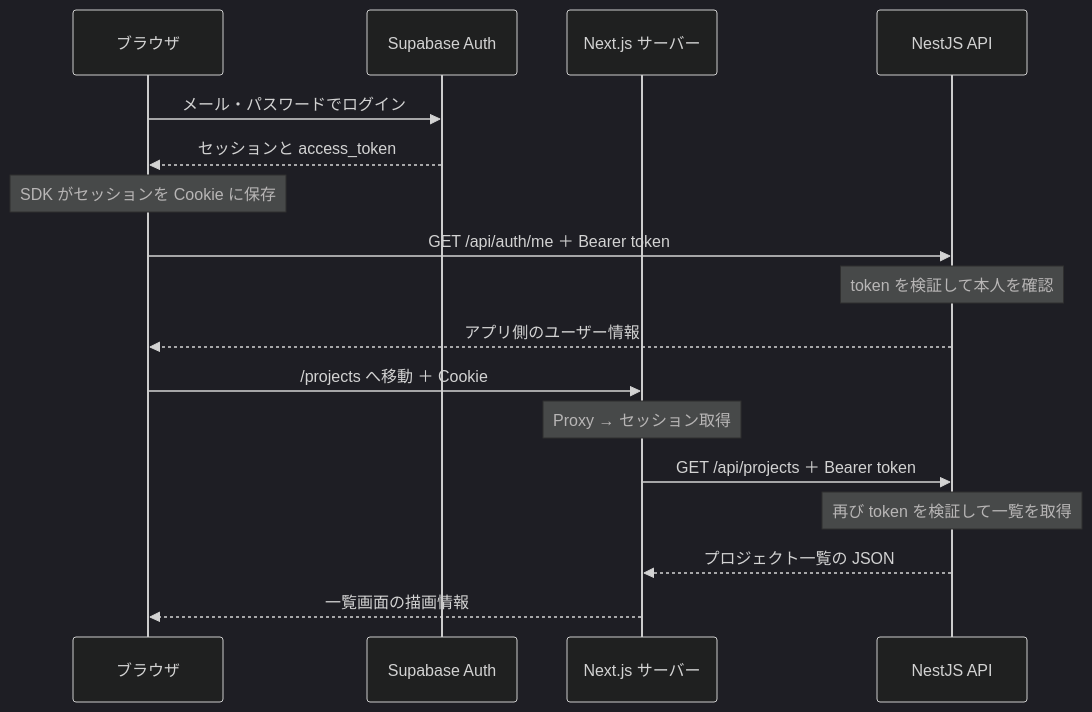
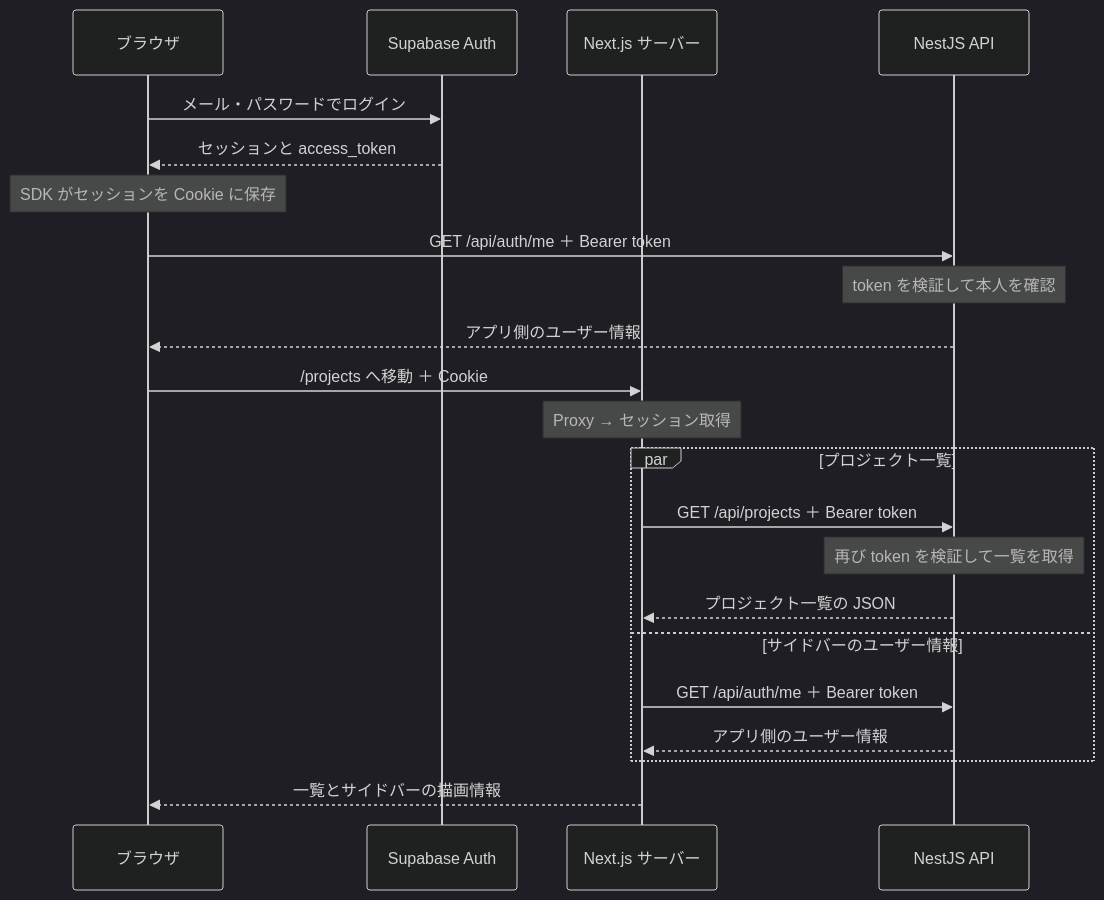
One commit to kazutakanakamura711/redmine-next-nest changed the first of 2 diagrams in docs/WEB_AUTH_LOGIN_FLOW.md. Above: the diagram before and after it, drawn with Mermaid (dark theme). The commit also changed other lines of this file and 27 other files, not shown here.

````diff
--- a/docs/WEB_AUTH_LOGIN_FLOW.md
+++ b/docs/WEB_AUTH_LOGIN_FLOW.md
@@ -9,20 +9,25 @@
 ```mermaid
 sequenceDiagram
     participant B as ブラウザ
     participant S as Supabase Auth
     participant N as Next.js サーバー
     participant A as NestJS API
 
     B->>S: メール・パスワードでログイン
     S-->>B: セッションと access_token
     Note over B: SDK がセッションを Cookie に保存
     B->>A: GET /api/auth/me ＋ Bearer token
     Note over A: token を検証して本人を確認
     A-->>B: アプリ側のユーザー情報
     B->>N: /projects へ移動 ＋ Cookie
     Note over N: Proxy → セッション取得
-    N->>A: GET /api/projects ＋ Bearer token
-    Note over A: 再び token を検証して一覧を取得
-    A-->>N: プロジェクト一覧の JSON
-    N-->>B: 一覧画面の描画情報
+    par プロジェクト一覧
+        N->>A: GET /api/projects ＋ Bearer token
+        Note over A: 再び token を検証して一覧を取得
+        A-->>N: プロジェクト一覧の JSON
+    and サイドバーのユーザー情報
+        N->>A: GET /api/auth/me ＋ Bearer token
+        A-->>N: アプリ側のユーザー情報
+    end
+    N-->>B: 一覧とサイドバーの描画情報
 ```
````
